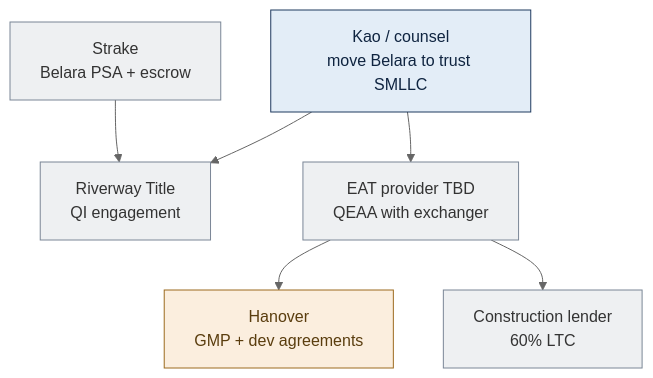
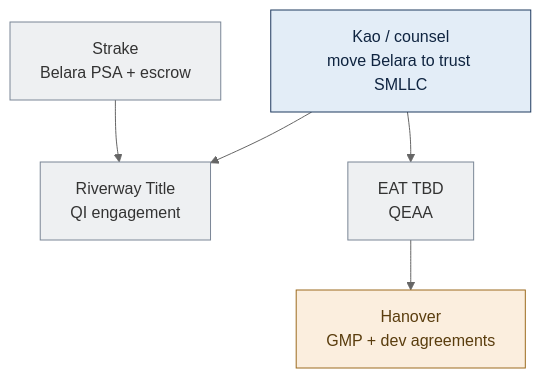
The fourth of 8 diagrams in North_Forsyth_1031_Diagrams.md (EthanCow/North-Forsyth-1031-Diagrams), drawn with Mermaid (neutral theme) before and after one commit. The commit also changed other lines of this file, not shown here.

````diff
--- a/North_Forsyth_1031_Diagrams.md
+++ b/North_Forsyth_1031_Diagrams.md
@@ -369,17 +311,15 @@
 ```mermaid
 flowchart TB
   K["Kao / counsel\nmove Belara to trust SMLLC"]:::kao
   QI["Riverway Title\nQI engagement"]:::neutral
-  EAT["EAT provider TBD\nQEAA with exchanger"]:::neutral
+  EAT["EAT TBD\nQEAA"]:::neutral
   H["Hanover\nGMP + dev agreements"]:::han
-  LN["Construction lender\n60% LTC"]:::neutral
   ST["Strake\nBelara PSA + escrow"]:::neutral
   K --> QI
   K --> EAT
   EAT --> H
-  EAT --> LN
   ST --> QI
   classDef kao fill:#e3edf7,stroke:#1f3a5f,color:#0f2440;
   classDef han fill:#fbeede,stroke:#9c6b1e,color:#5a3d0e;
   classDef neutral fill:#eef0f2,stroke:#7a8696,color:#333;
 ```
````
